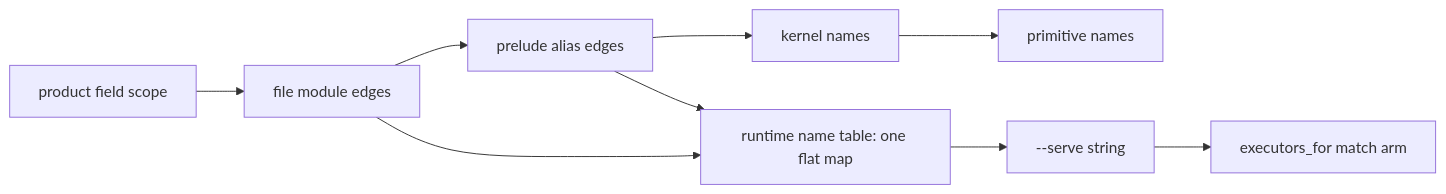
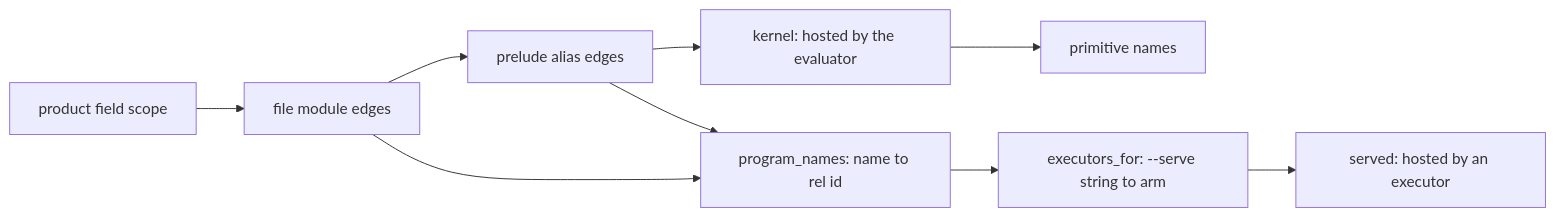
The diagram in plans/v8/2026-09-15-v8-namespacing.inspection.md (hafley66/sprefa), drawn with Mermaid before and after one commit. The commit also changed other lines of this file and 4 other files, not shown here.

````diff
--- a/plans/v8/2026-09-15-v8-namespacing.inspection.md
+++ b/plans/v8/2026-09-15-v8-namespacing.inspection.md
@@ -13,11 +30,11 @@
 ```mermaid
 flowchart LR
   F[product field scope] --> M[file module edges]
   M --> P[prelude alias edges]
-  P --> K[kernel names]
+  P --> K[kernel: hosted by the evaluator]
   K --> R[primitive names]
-  M --> T[runtime name table: one flat map]
+  M --> T["program_names: name to rel id"]
   P --> T
-  T --> S["--serve string"]
-  S --> X[executors_for match arm]
+  T --> S["executors_for: --serve string to arm"]
+  S --> X[served: hosted by an executor]
 ```
````
